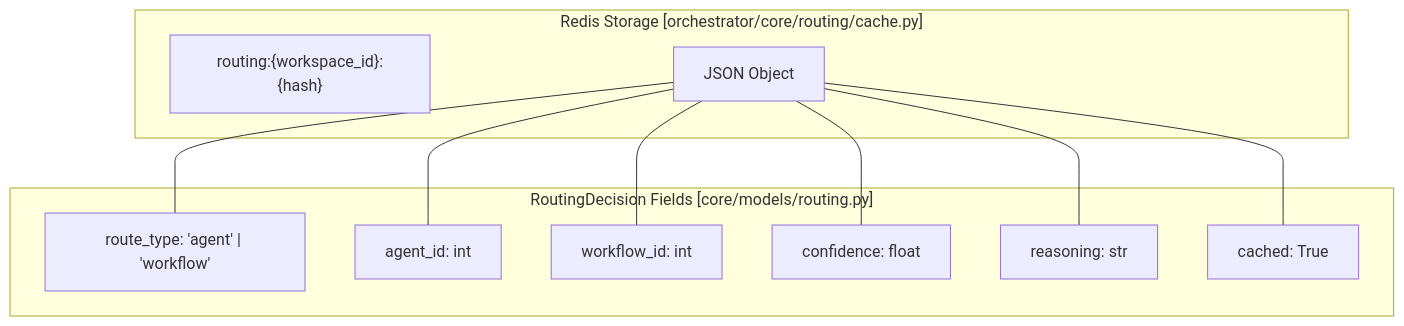
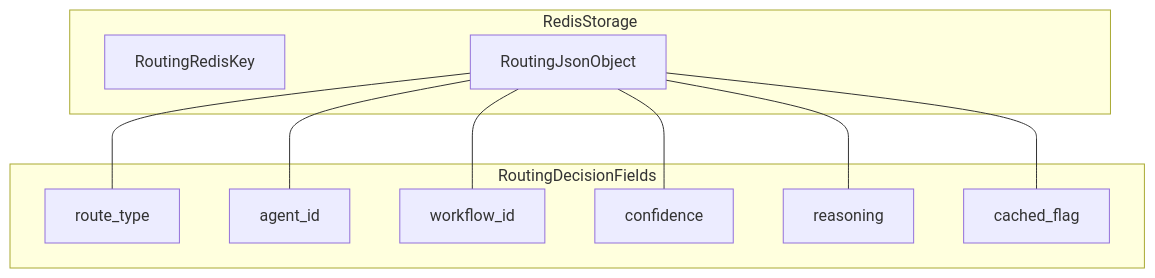
One commit to AutomatosAI/automatos-ai changed the third of 4 diagrams in docs/universal-router/tier-1-cache-lookup.md. Above: the diagram before and after it, drawn with Mermaid. The commit also changed other lines of this file and 191 other files, not shown here.

````diff
--- a/docs/universal-router/tier-1-cache-lookup.md
+++ b/docs/universal-router/tier-1-cache-lookup.md
@@ -117,23 +126,23 @@
 ```mermaid
 graph TB
-    subgraph "Redis Storage [orchestrator/core/routing/cache.py]"
-        Key["routing:{workspace_id}:{hash}"]
-        Value["JSON Object"]
+    subgraph RedisStorage
+        Key["RoutingRedisKey"]
+        Value["RoutingJsonObject"]
     end
     
-    subgraph "RoutingDecision Fields [core/models/routing.py]"
-        RT["route_type: 'agent' | 'workflow'"]
-        AID["agent_id: int"]
-        WID["workflow_id: int"]
-        CONF["confidence: float"]
-        REAS["reasoning: str"]
-        C_FLAG["cached: True"]
+    subgraph RoutingDecisionFields
+        RT["route_type"]
+        AID["agent_id"]
+        WID["workflow_id"]
+        CONF["confidence"]
+        REAS["reasoning"]
+        C_FLAG["cached_flag"]
     end
     
     Value --- RT
     Value --- AID
     Value --- WID
     Value --- CONF
     Value --- REAS
     Value --- C_FLAG
 ```
````
